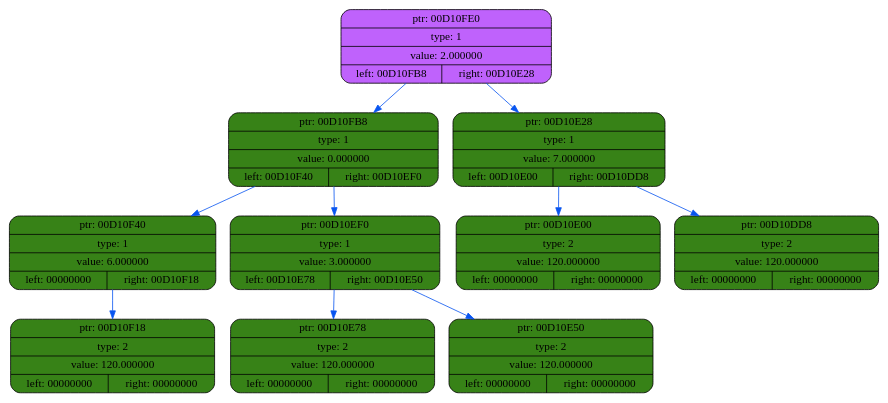
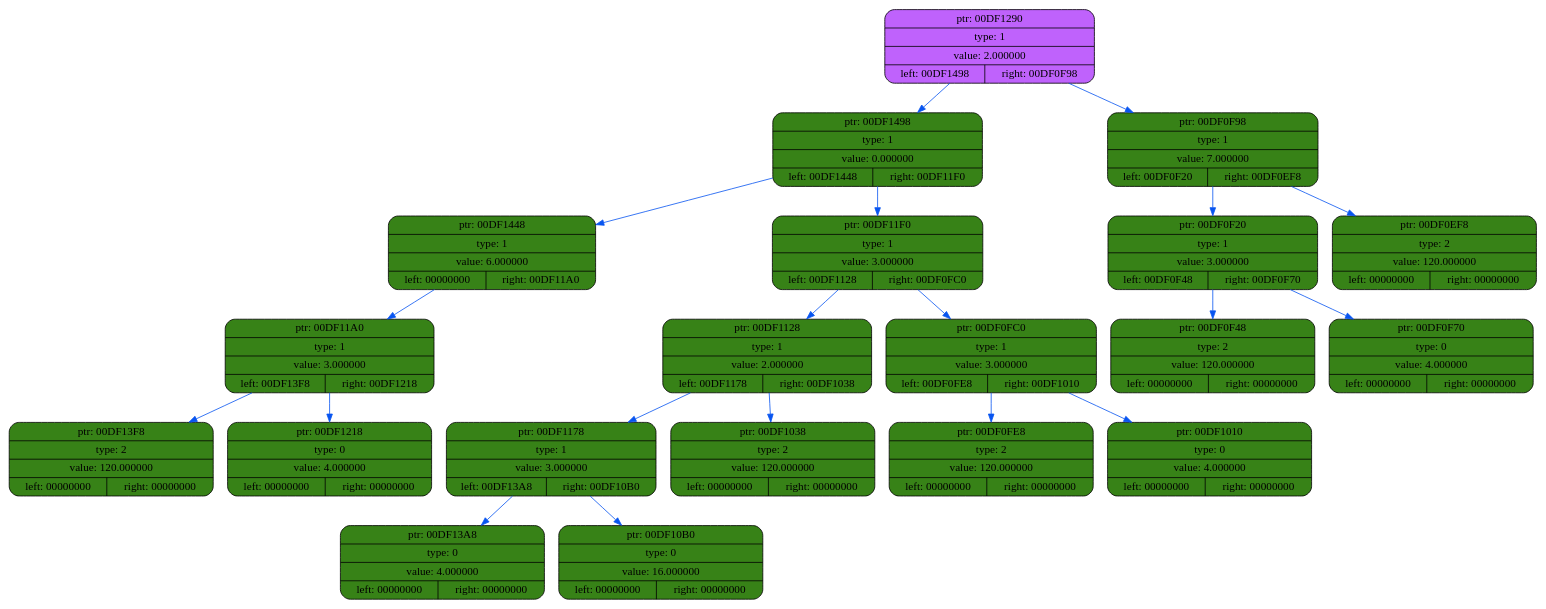
Before and after one commit to coffee8cat/differentiator: the diagram in dump/dump3.dot, drawn with Graphviz. The commit also changed 22 other files, not shown here.

```diff
--- a/dump/dump3.dot
+++ b/dump/dump3.dot
@@ -1,24 +1,44 @@
 digraph
 {
     rankdir=TP
 
-        node00D10FE0[shape=record,style="rounded,filled",fillcolor="#BF62FC",label="{ ptr: 00D10FE0 | type: 1 | value: 2.000000| { left: 00D10FB8 | right: 00D10E28 }}"];
-    node00D10FE0 -> node00D10FB8[color="#0855F0"]
-    node00D10FB8[shape=record,style="rounded,filled",fillcolor="#378217",label="{ ptr: 00D10FB8 | type: 1 | value: 0.000000| { left: 00D10F40 | right: 00D10EF0 }}"];
-    node00D10FB8 -> node00D10F40[color="#0855F0"]
-    node00D10F40[shape=record,style="rounded,filled",fillcolor="#378217",label="{ ptr: 00D10F40 | type: 1 | value: 6.000000| { left: 00000000 | right: 00D10F18 }}"];
-    node00D10F40 -> node00D10F18[color="#0855F0"]
-    node00D10F18[shape=record,style="rounded,filled",fillcolor="#378217",label="{ ptr: 00D10F18 | type: 2 | value: 120.000000| { left: 00000000 | right: 00000000 }}"];
-    node00D10FB8 -> node00D10EF0[color="#0855F0"]
-    node00D10EF0[shape=record,style="rounded,filled",fillcolor="#378217",label="{ ptr: 00D10EF0 | type: 1 | value: 3.000000| { left: 00D10E78 | right: 00D10E50 }}"];
-    node00D10EF0 -> node00D10E78[color="#0855F0"]
-    node00D10E78[shape=record,style="rounded,filled",fillcolor="#378217",label="{ ptr: 00D10E78 | type: 2 | value: 120.000000| { left: 00000000 | right: 00000000 }}"];
-    node00D10EF0 -> node00D10E50[color="#0855F0"]
-    node00D10E50[shape=record,style="rounded,filled",fillcolor="#378217",label="{ ptr: 00D10E50 | type: 2 | value: 120.000000| { left: 00000000 | right: 00000000 }}"];
-    node00D10FE0 -> node00D10E28[color="#0855F0"]
-    node00D10E28[shape=record,style="rounded,filled",fillcolor="#378217",label="{ ptr: 00D10E28 | type: 1 | value: 7.000000| { left: 00D10E00 | right: 00D10DD8 }}"];
-    node00D10E28 -> node00D10E00[color="#0855F0"]
-    node00D10E00[shape=record,style="rounded,filled",fillcolor="#378217",label="{ ptr: 00D10E00 | type: 2 | value: 120.000000| { left: 00000000 | right: 00000000 }}"];
-    node00D10E28 -> node00D10DD8[color="#0855F0"]
-    node00D10DD8[shape=record,style="rounded,filled",fillcolor="#378217",label="{ ptr: 00D10DD8 | type: 2 | value: 120.000000| { left: 00000000 | right: 00000000 }}"];
+        node00DF1290[shape=record,style="rounded,filled",fillcolor="#BF62FC",label="{ ptr: 00DF1290 | type: 1 | value: 2.000000| { left: 00DF1498 | right: 00DF0F98 }}"];
+    node00DF1290 -> node00DF1498[color="#0855F0"]
+    node00DF1498[shape=record,style="rounded,filled",fillcolor="#378217",label="{ ptr: 00DF1498 | type: 1 | value: 0.000000| { left: 00DF1448 | right: 00DF11F0 }}"];
+    node00DF1498 -> node00DF1448[color="#0855F0"]
+    node00DF1448[shape=record,style="rounded,filled",fillcolor="#378217",label="{ ptr: 00DF1448 | type: 1 | value: 6.000000| { left: 00000000 | right: 00DF11A0 }}"];
+    node00DF1448 -> node00DF11A0[color="#0855F0"]
+    node00DF11A0[shape=record,style="rounded,filled",fillcolor="#378217",label="{ ptr: 00DF11A0 | type: 1 | value: 3.000000| { left: 00DF13F8 | right: 00DF1218 }}"];
+    node00DF11A0 -> node00DF13F8[color="#0855F0"]
+    node00DF13F8[shape=record,style="rounded,filled",fillcolor="#378217",label="{ ptr: 00DF13F8 | type: 2 | value: 120.000000| { left: 00000000 | right: 00000000 }}"];
+    node00DF11A0 -> node00DF1218[color="#0855F0"]
+    node00DF1218[shape=record,style="rounded,filled",fillcolor="#378217",label="{ ptr: 00DF1218 | type: 0 | value: 4.000000| { left: 00000000 | right: 00000000 }}"];
+    node00DF1498 -> node00DF11F0[color="#0855F0"]
+    node00DF11F0[shape=record,style="rounded,filled",fillcolor="#378217",label="{ ptr: 00DF11F0 | type: 1 | value: 3.000000| { left: 00DF1128 | right: 00DF0FC0 }}"];
+    node00DF11F0 -> node00DF1128[color="#0855F0"]
+    node00DF1128[shape=record,style="rounded,filled",fillcolor="#378217",label="{ ptr: 00DF1128 | type: 1 | value: 2.000000| { left: 00DF1178 | right: 00DF1038 }}"];
+    node00DF1128 -> node00DF1178[color="#0855F0"]
+    node00DF1178[shape=record,style="rounded,filled",fillcolor="#378217",label="{ ptr: 00DF1178 | type: 1 | value: 3.000000| { left: 00DF13A8 | right: 00DF10B0 }}"];
+    node00DF1178 -> node00DF13A8[color="#0855F0"]
+    node00DF13A8[shape=record,style="rounded,filled",fillcolor="#378217",label="{ ptr: 00DF13A8 | type: 0 | value: 4.000000| { left: 00000000 | right: 00000000 }}"];
+    node00DF1178 -> node00DF10B0[color="#0855F0"]
+    node00DF10B0[shape=record,style="rounded,filled",fillcolor="#378217",label="{ ptr: 00DF10B0 | type: 0 | value: 16.000000| { left: 00000000 | right: 00000000 }}"];
+    node00DF1128 -> node00DF1038[color="#0855F0"]
+    node00DF1038[shape=record,style="rounded,filled",fillcolor="#378217",label="{ ptr: 00DF1038 | type: 2 | value: 120.000000| { left: 00000000 | right: 00000000 }}"];
+    node00DF11F0 -> node00DF0FC0[color="#0855F0"]
+    node00DF0FC0[shape=record,style="rounded,filled",fillcolor="#378217",label="{ ptr: 00DF0FC0 | type: 1 | value: 3.000000| { left: 00DF0FE8 | right: 00DF1010 }}"];
+    node00DF0FC0 -> node00DF0FE8[color="#0855F0"]
+    node00DF0FE8[shape=record,style="rounded,filled",fillcolor="#378217",label="{ ptr: 00DF0FE8 | type: 2 | value: 120.000000| { left: 00000000 | right: 00000000 }}"];
+    node00DF0FC0 -> node00DF1010[color="#0855F0"]
+    node00DF1010[shape=record,style="rounded,filled",fillcolor="#378217",label="{ ptr: 00DF1010 | type: 0 | value: 4.000000| { left: 00000000 | right: 00000000 }}"];
+    node00DF1290 -> node00DF0F98[color="#0855F0"]
+    node00DF0F98[shape=record,style="rounded,filled",fillcolor="#378217",label="{ ptr: 00DF0F98 | type: 1 | value: 7.000000| { left: 00DF0F20 | right: 00DF0EF8 }}"];
+    node00DF0F98 -> node00DF0F20[color="#0855F0"]
+    node00DF0F20[shape=record,style="rounded,filled",fillcolor="#378217",label="{ ptr: 00DF0F20 | type: 1 | value: 3.000000| { left: 00DF0F48 | right: 00DF0F70 }}"];
+    node00DF0F20 -> node00DF0F48[color="#0855F0"]
+    node00DF0F48[shape=record,style="rounded,filled",fillcolor="#378217",label="{ ptr: 00DF0F48 | type: 2 | value: 120.000000| { left: 00000000 | right: 00000000 }}"];
+    node00DF0F20 -> node00DF0F70[color="#0855F0"]
+    node00DF0F70[shape=record,style="rounded,filled",fillcolor="#378217",label="{ ptr: 00DF0F70 | type: 0 | value: 4.000000| { left: 00000000 | right: 00000000 }}"];
+    node00DF0F98 -> node00DF0EF8[color="#0855F0"]
+    node00DF0EF8[shape=record,style="rounded,filled",fillcolor="#378217",label="{ ptr: 00DF0EF8 | type: 2 | value: 120.000000| { left: 00000000 | right: 00000000 }}"];
 }
```
